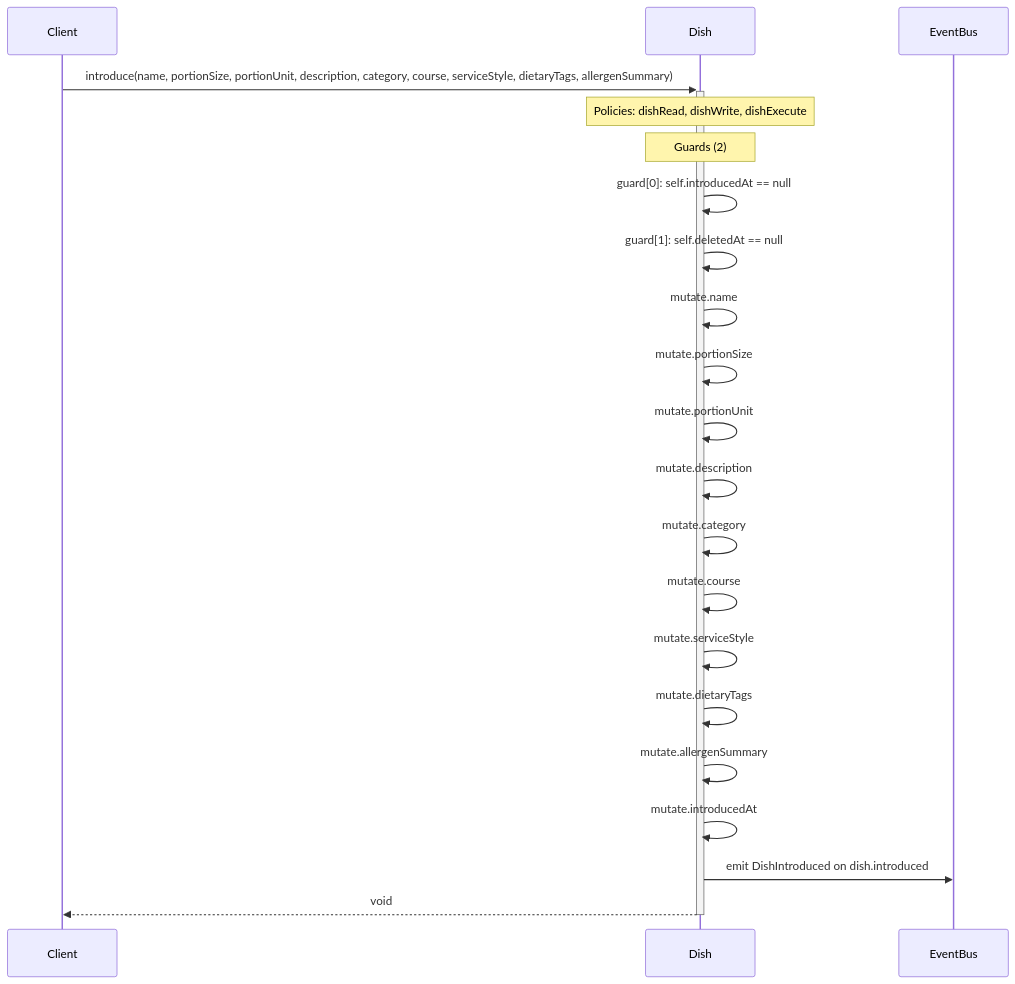
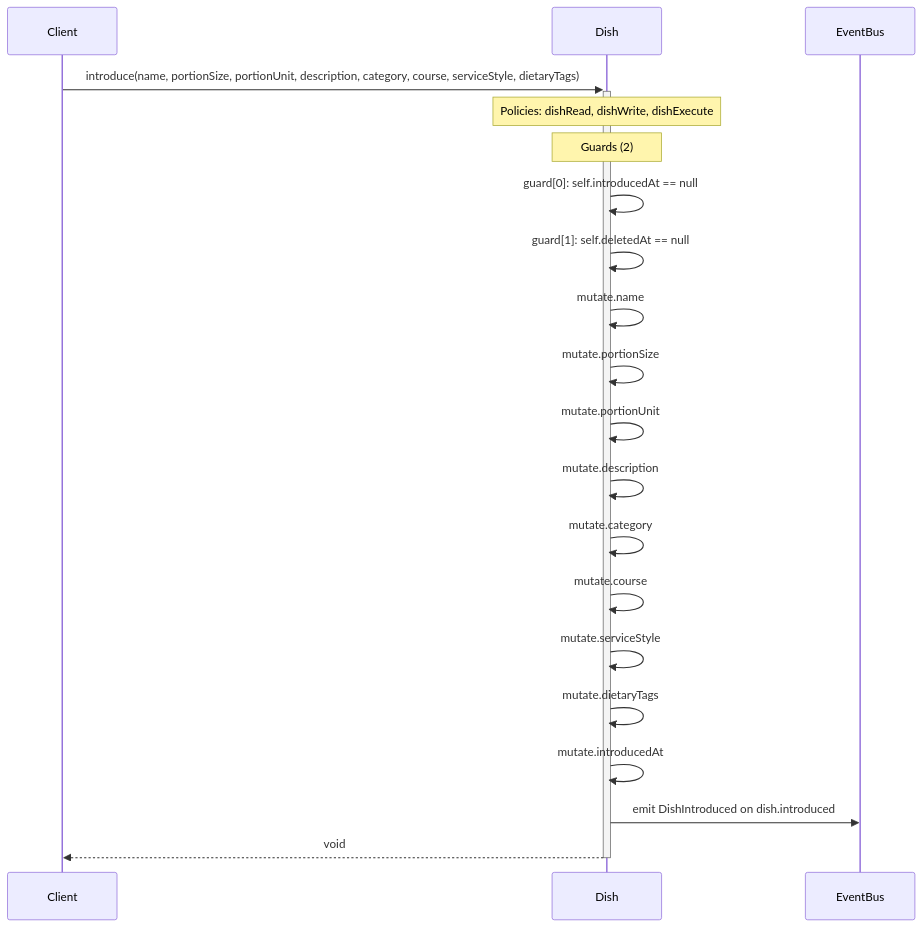
One commit to Angriff36/capsule changed the diagram in diagrams/sequence-Dish-introduce.mmd. Above: the diagram before and after it, drawn with Mermaid. The commit also changed 42 other files, not shown here.

Commit message:
feat: pin Manifest 3.6.26 and regen multi-hop allergenSummary

```diff
--- a/diagrams/sequence-Dish-introduce.mmd
+++ b/diagrams/sequence-Dish-introduce.mmd
@@ -1,21 +1,20 @@
 sequenceDiagram
     participant Client
     participant Dish as Dish
     participant EventBus
-    Client->>+Dish: introduce(name, portionSize, portionUnit, description, category, course, serviceStyle, dietaryTags, allergenSummary)
+    Client->>+Dish: introduce(name, portionSize, portionUnit, description, category, course, serviceStyle, dietaryTags)
     Note over Dish: Policies: dishRead, dishWrite, dishExecute
     Note over Dish: Guards (2)
     Dish->>Dish: guard[0]: self.introducedAt == null
     Dish->>Dish: guard[1]: self.deletedAt == null
     Dish->>Dish: mutate.name
     Dish->>Dish: mutate.portionSize
     Dish->>Dish: mutate.portionUnit
     Dish->>Dish: mutate.description
     Dish->>Dish: mutate.category
     Dish->>Dish: mutate.course
     Dish->>Dish: mutate.serviceStyle
     Dish->>Dish: mutate.dietaryTags
-    Dish->>Dish: mutate.allergenSummary
     Dish->>Dish: mutate.introducedAt
     Dish->>EventBus: emit DishIntroduced on dish.introduced
     Dish-->>-Client: void
```
